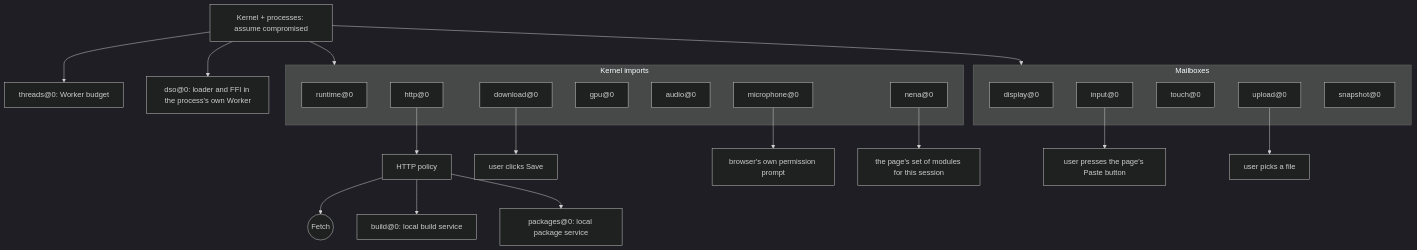
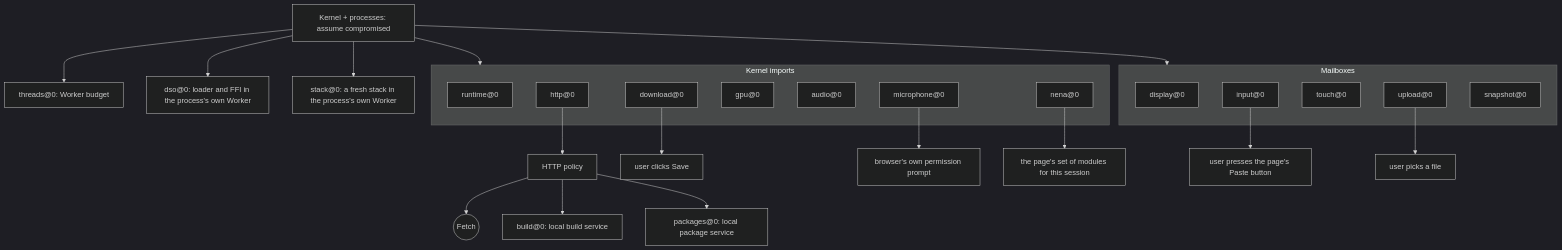
The diagram in docs/browser-boundary.md (daugasauron/dolly), drawn with Mermaid (dark theme) before and after one commit. The commit also changed other lines of this file and 32 other files, not shown here.

````diff
--- a/docs/browser-boundary.md
+++ b/docs/browser-boundary.md
@@ -21,35 +21,37 @@
 ```mermaid
 flowchart TB
   guest["Kernel + processes: assume compromised"]
   subgraph imports["Kernel imports"]
     rt["runtime@0"]
     http["http@0"]
     dl["download@0"]
     gpu["gpu@0"]
     au["audio@0"]
     mic["microphone@0"]
     nena["nena@0"]
   end
   subgraph mailboxes["Mailboxes"]
     disp["display@0"]
     inp["input@0"]
     tch["touch@0"]
     up["upload@0"]
     snap["snapshot@0"]
   end
   th["threads@0: Worker budget"]
   dso["dso@0: loader and FFI in the process's own Worker"]
+  stack["stack@0: a fresh stack in the process's own Worker"]
   guest --> imports
   guest --> mailboxes
   guest --> th
   guest --> dso
+  guest --> stack
   http --> policy["HTTP policy"]
   policy --> fetch(("Fetch"))
   policy --> build["build@0: local build service"]
   policy --> packages["packages@0: local package service"]
   dl --> save["user clicks Save"]
   up --> picker["user picks a file"]
   mic --> prompt["browser's own permission prompt"]
   inp --> paste["user presses the page's Paste button"]
   nena --> set["the page's set of modules for this session"]
 ```
````
